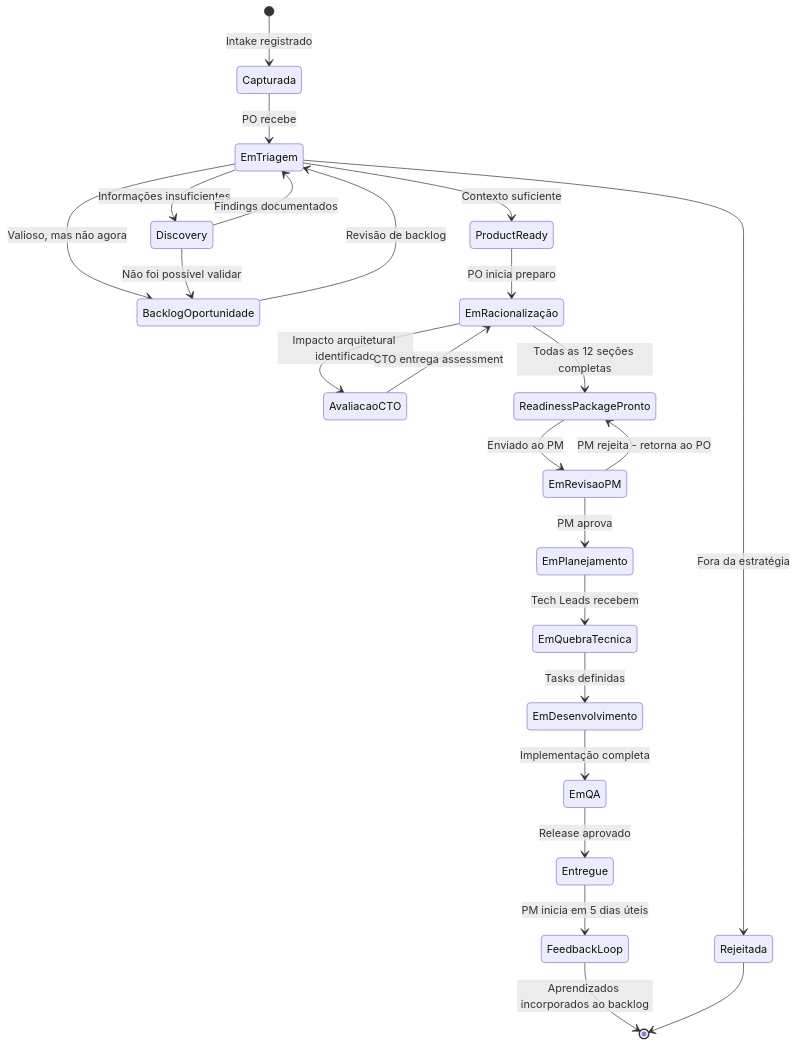
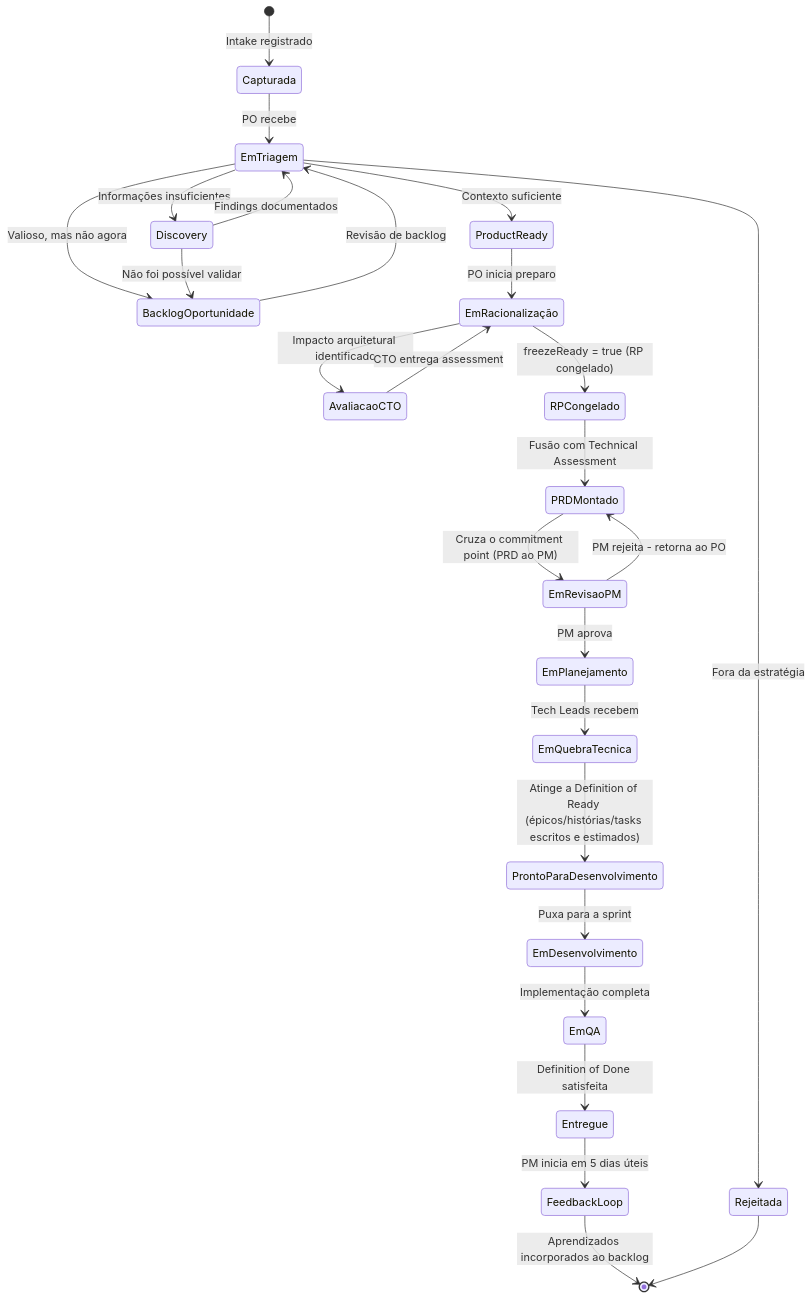
The ninth of 11 diagrams in README.md (hugo-hsbtech/teamwork-process), drawn with Mermaid before and after one commit. The commit also changed other lines of this file and 15 other files, not shown here.

First line of the commit message:
docs: alinha modelo ao commitment point (RP→PRD) e separa Technical Assessment (#2)

````diff
--- a/README.md
+++ b/README.md
@@ -426,36 +446,38 @@
 ```mermaid
 stateDiagram-v2
     [*] --> Capturada : Intake registrado
 
     Capturada --> EmTriagem : PO recebe
 
     EmTriagem --> Rejeitada : Fora da estratégia
     EmTriagem --> BacklogOportunidade : Valioso, mas não agora
     EmTriagem --> Discovery : Informações insuficientes
     EmTriagem --> ProductReady : Contexto suficiente
 
     Discovery --> EmTriagem : Findings documentados
     Discovery --> BacklogOportunidade : Não foi possível validar
 
     ProductReady --> EmRacionalização : PO inicia preparo
 
     EmRacionalização --> AvaliacaoCTO : Impacto arquitetural identificado
     AvaliacaoCTO --> EmRacionalização : CTO entrega assessment
 
-    EmRacionalização --> ReadinessPackagePronto : Todas as 12 seções completas
+    EmRacionalização --> RPCongelado : freezeReady = true (RP congelado)
+    RPCongelado --> PRDMontado : Fusão com Technical Assessment
 
-    ReadinessPackagePronto --> EmRevisaoPM : Enviado ao PM
-    EmRevisaoPM --> ReadinessPackagePronto : PM rejeita - retorna ao PO
+    PRDMontado --> EmRevisaoPM : Cruza o commitment point (PRD ao PM)
+    EmRevisaoPM --> PRDMontado : PM rejeita - retorna ao PO
     EmRevisaoPM --> EmPlanejamento : PM aprova
 
     EmPlanejamento --> EmQuebraTecnica : Tech Leads recebem
-    EmQuebraTecnica --> EmDesenvolvimento : Tasks definidas
+    EmQuebraTecnica --> ProntoParaDesenvolvimento : Atinge a Definition of Ready (épicos/histórias/tasks escritos e estimados)
+    ProntoParaDesenvolvimento --> EmDesenvolvimento : Puxa para a sprint
     EmDesenvolvimento --> EmQA : Implementação completa
-    EmQA --> Entregue : Release aprovado
+    EmQA --> Entregue : Definition of Done satisfeita
 
     Entregue --> FeedbackLoop : PM inicia em 5 dias úteis
     FeedbackLoop --> [*] : Aprendizados incorporados ao backlog
 
     Rejeitada --> [*]
     BacklogOportunidade --> EmTriagem : Revisão de backlog
 ```
````
